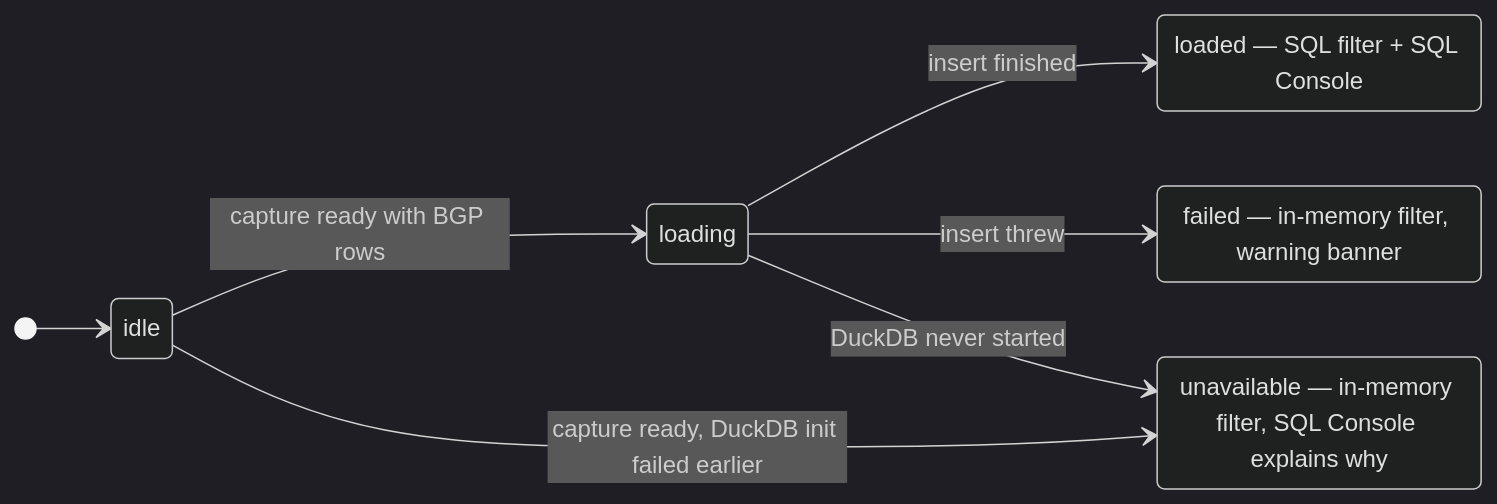
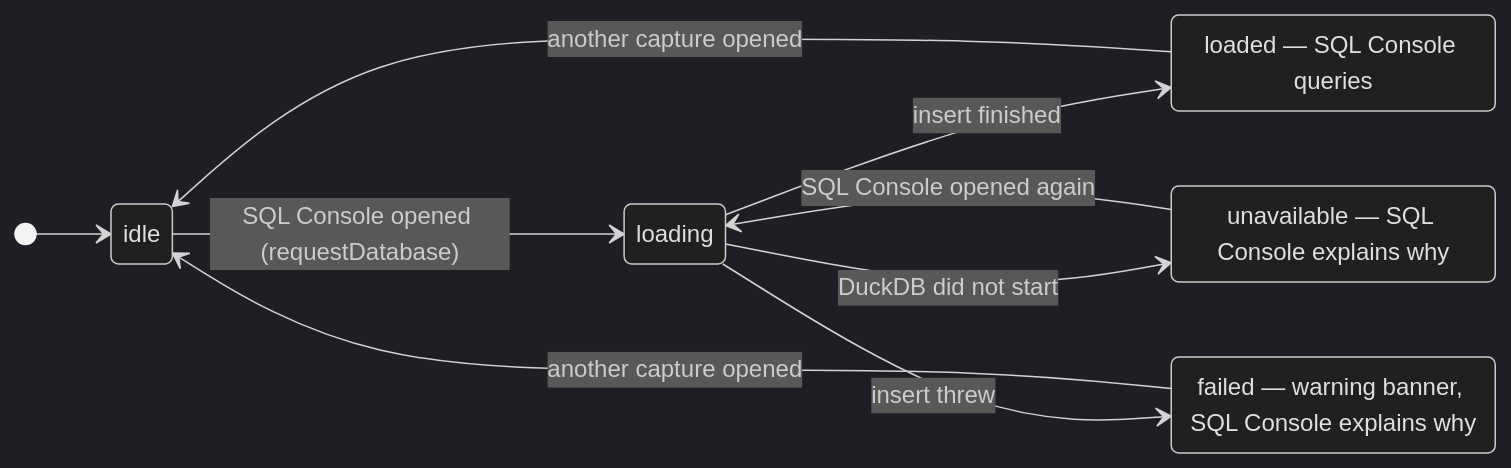
Before and after one commit to shmuto/bgpshark: the sixth of 13 diagrams in docs/architecture.md, drawn with Mermaid (dark theme). The commit also changed other lines of this file and 12 other files, not shown here.

First line of the commit message:
Describe on-demand DuckDB and the single filter backend

````diff
--- a/docs/architecture.md
+++ b/docs/architecture.md
@@ -238,16 +239,18 @@
 ```mermaid
 stateDiagram-v2
     direction LR
     [*] --> db_idle
-    db_idle --> db_loading: capture ready with BGP rows
+    db_idle --> db_loading: SQL Console opened (requestDatabase)
     db_loading --> loaded: insert finished
     db_loading --> failed: insert threw
-    db_loading --> unavailable: DuckDB never started
-    db_idle --> unavailable: capture ready, DuckDB init failed earlier
+    db_loading --> unavailable: DuckDB did not start
+    unavailable --> db_loading: SQL Console opened again
+    loaded --> db_idle: another capture opened
+    failed --> db_idle: another capture opened
 
-    loaded: loaded — SQL filter + SQL Console
-    failed: failed — in-memory filter, warning banner
-    unavailable: unavailable — in-memory filter, SQL Console explains why
+    loaded: loaded — SQL Console queries
+    failed: failed — warning banner, SQL Console explains why
+    unavailable: unavailable — SQL Console explains why
     db_idle: idle
     db_loading: loading
 ```
````
